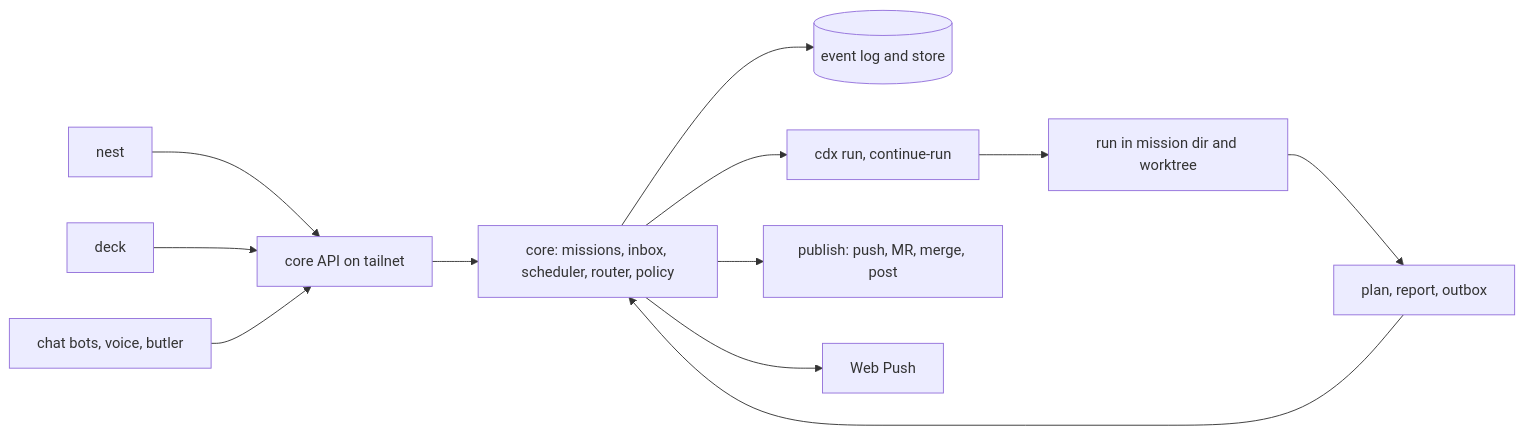
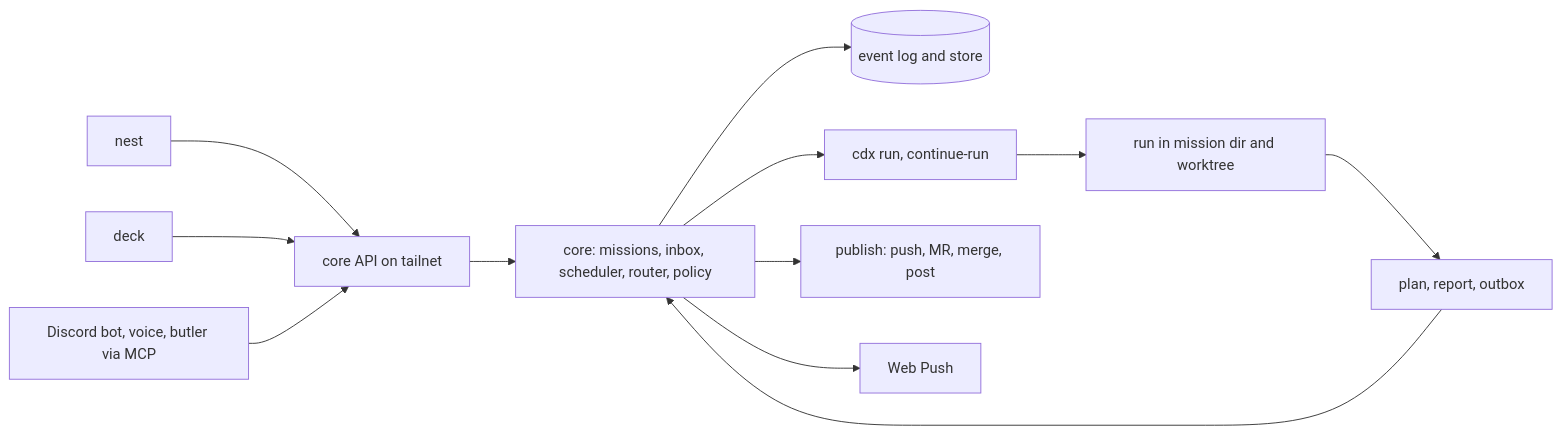
Before and after one commit to Nicolas-Rigaudy/cr-0w: the diagram in logics/architecture/adr_001_core_missions_and_inbox_architecture.md, drawn with Mermaid. The commit also changed other lines of this file and 13 other files, not shown here.

````diff
--- a/logics/architecture/adr_001_core_missions_and_inbox_architecture.md
+++ b/logics/architecture/adr_001_core_missions_and_inbox_architecture.md
@@ -11,14 +11,14 @@
 ```mermaid
 flowchart LR
     N[nest] --> API[core API on tailnet]
     D[deck] --> API
-    C[chat bots, voice, butler] --> API
+    C[Discord bot, voice, butler via MCP] --> API
     API --> CORE[core: missions, inbox, scheduler, router, policy]
     CORE --> EV[(event log and store)]
     CORE --> CDX[cdx run, continue-run]
     CDX --> RUN[run in mission dir and worktree]
     RUN --> OUT[plan, report, outbox]
     OUT --> CORE
     CORE --> PUB[publish: push, MR, merge, post]
     CORE --> PUSH[Web Push]
 ```
````
